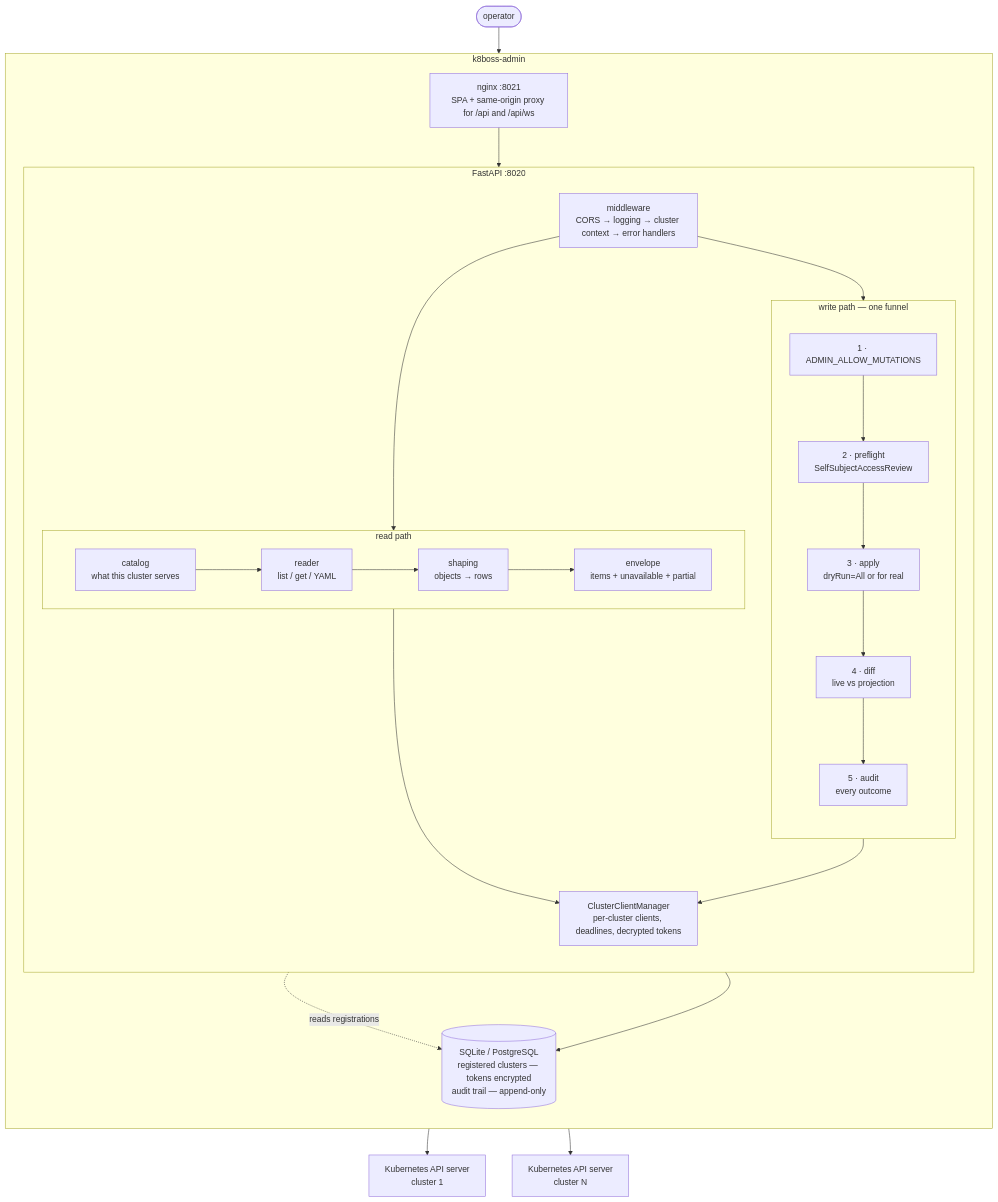
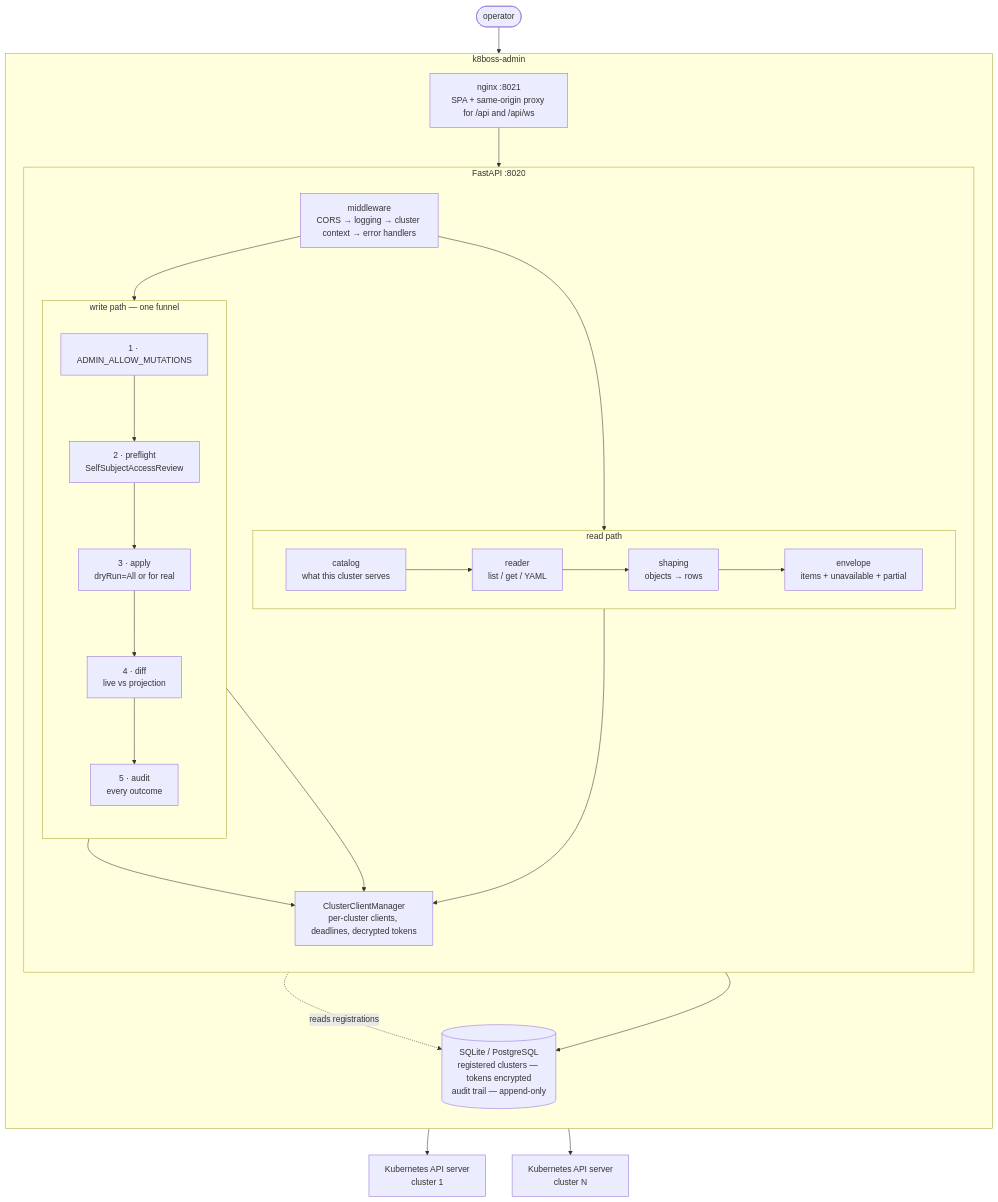
Before and after one commit to aesaganda/k8boss-admin: the diagram in README.md, drawn with Mermaid. The commit also changed other lines of this file, not shown here.

````diff
--- a/README.md
+++ b/README.md
@@ -204,50 +211,51 @@
 ```mermaid
 flowchart TB
     operator([operator])
 
     subgraph console["k8boss-admin"]
         direction TB
         nginx["nginx :8021<br/>SPA + same-origin proxy for /api and /api/ws"]
 
         subgraph api["FastAPI :8020"]
             direction TB
             mw["middleware<br/>CORS → logging → cluster context → error handlers"]
 
             subgraph read["read path"]
                 direction LR
                 catalog["catalog<br/>what this cluster serves"]
                 reader["reader<br/>list / get / YAML"]
                 shaping["shaping<br/>objects → rows"]
                 envelope["envelope<br/>items + unavailable + partial"]
                 catalog --> reader --> shaping --> envelope
             end
 
             subgraph write["write path — one funnel"]
                 direction TB
                 gate["1 · ADMIN_ALLOW_MUTATIONS"]
                 pre["2 · preflight<br/>SelfSubjectAccessReview"]
                 apply["3 · apply<br/>dryRun=All or for real"]
                 diff["4 · diff<br/>live vs projection"]
                 audit["5 · audit<br/>every outcome"]
                 gate --> pre --> apply --> diff --> audit
             end
 
             clients["ClusterClientManager<br/>per-cluster clients, deadlines, decrypted tokens"]
-            mw --> read
-            mw --> write
-            read --> clients
-            write --> clients
+            mw --> catalog
+            mw --> gate
+            reader --> clients
+            pre --> clients
+            apply --> clients
         end
 
         db[("SQLite / PostgreSQL<br/>registered clusters — tokens encrypted<br/>audit trail — append-only")]
     end
 
     k1["Kubernetes API server<br/>cluster 1"]
     k2["Kubernetes API server<br/>cluster N"]
 
     operator --> nginx --> mw
     clients --> k1
     clients --> k2
     audit --> db
     clients -.reads registrations.-> db
 ```
````
